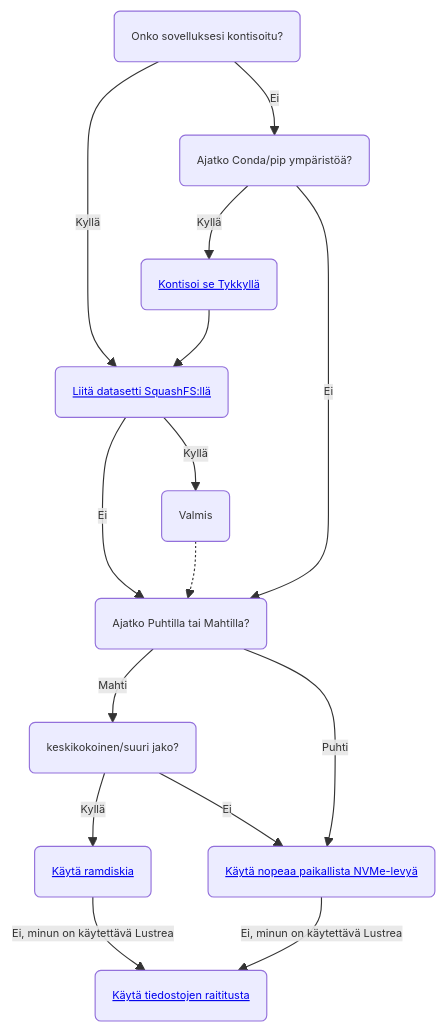
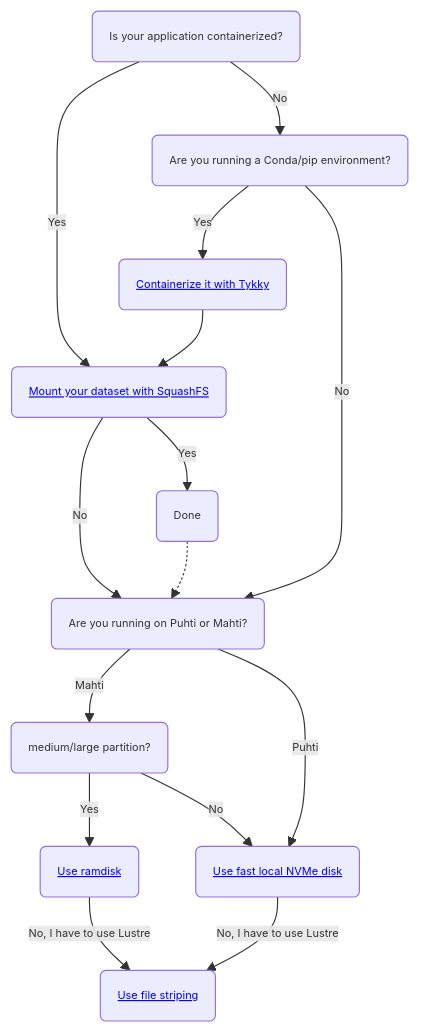
Before and after one commit to CSCfi/csc-user-guide: the second of 2 diagrams in docs/computing/running/throughput.md, drawn with Mermaid. The commit also changed other lines of this file and 221 other files, not shown here.

````diff
--- a/docs/computing/running/throughput.md
+++ b/docs/computing/running/throughput.md
@@ -73,18 +72,18 @@
 ```mermaid
 %%{init: {'theme': 'default', 'themeVariables': { 'fontSize': '0.6rem'}}}%%
 graph TD
-    A(Onko sovelluksesi kontisoitu?) -->|Kyllä| B(<a href='/computing/containers/run-existing/#mounting-datasets-with-squashfs'>Liitä datasetti SquashFS:llä</a>)
-    A -->|Ei| C(Ajatko Conda/pip ympäristöä?)
-    C -->|Kyllä| D(<a href='/computing/containers/tykky/'>Kontisoi se Tykkyllä</a>)
+    A(Is your application containerized?) -->|Yes| B(<a href='/computing/containers/run-existing/#mounting-datasets-with-squashfs'>Mount your dataset with SquashFS</a>)
+    A -->|No| C(Are you running a Conda/pip environment?)
+    C -->|Yes| D(<a href='/computing/containers/tykky/'>Containerize it with Tykky</a>)
     D --> B
-    C -->|Ei| E(Ajatko Puhtilla tai Mahtilla?)
-    E -->|Mahti| F(keskikokoinen/suuri jako?)
-    F -->|Kyllä| G(<a href='/computing/disk/#compute-nodes-without-local-ssd-nvme-disks'>Käytä ramdiskia</a>)
-    F -->|Ei| H(<a href='/computing/disk/#compute-nodes-with-local-ssd-nvme-disks'>Käytä nopeaa paikallista NVMe-levyä</a>)
+    C -->|No| E(Are you running on Puhti or Mahti?)
+    E -->|Mahti| F(medium/large partition?)
+    F -->|Yes| G(<a href='/computing/disk/#compute-nodes-without-local-ssd-nvme-disks'>Use ramdisk</a>)
+    F -->|No| H(<a href='/computing/disk/#compute-nodes-with-local-ssd-nvme-disks'>Use fast local NVMe disk</a>)
     E -->|Puhti| H
-    B -->|Ei| E
-    B -->|Kyllä| I(Valmis)
+    B -->|No| E
+    B -->|Yes| I(Done)
     I -.-> E
-    G -->|Ei, minun on käytettävä Lustrea| J(<a href='/computing/lustre/#file-striping-and-alignment'>Käytä tiedostojen raititusta</a>)
-    H -->|Ei, minun on käytettävä Lustrea| J
+    G -->|No, I have to use Lustre| J(<a href='/computing/lustre/#file-striping-and-alignment'>Use file striping</a>)
+    H -->|No, I have to use Lustre| J
 ```
````
